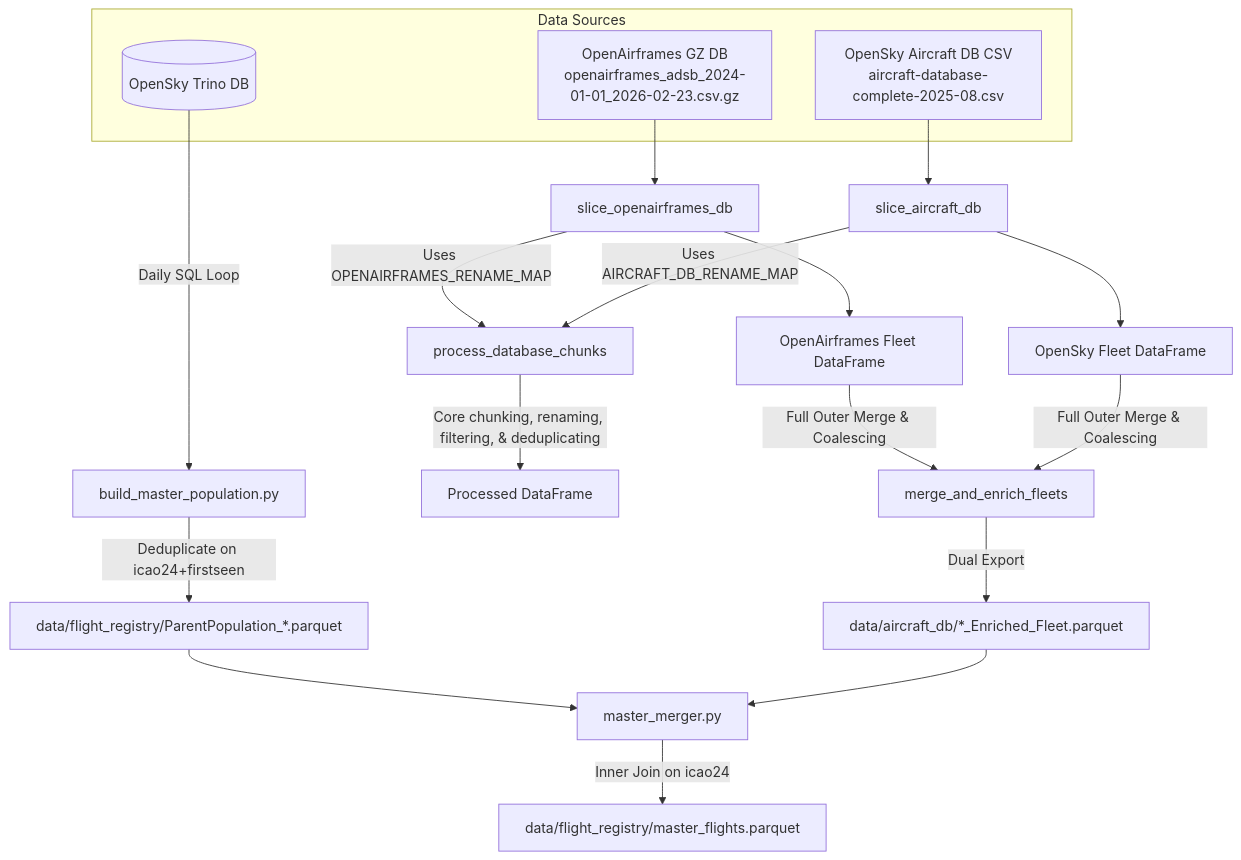
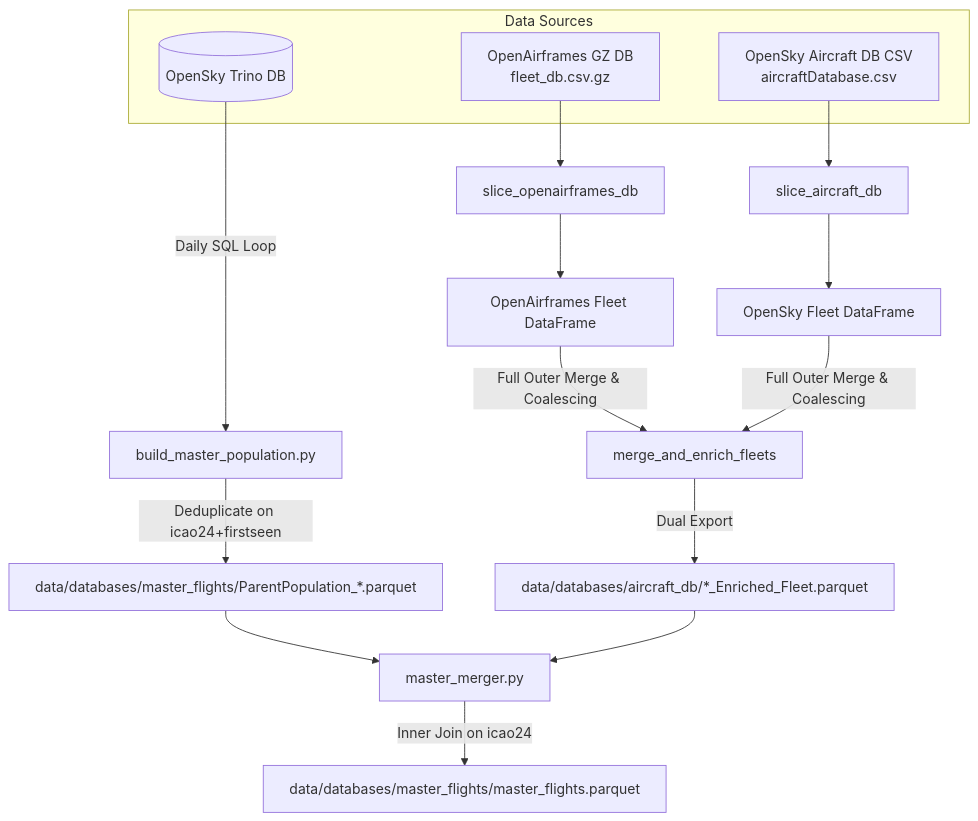
Before and after one commit to Bauzement123/flight-physics-pipeline: the first of 2 diagrams in src/core/acquisition/README.md, drawn with Mermaid. The commit also changed other lines of this file and 11 other files, not shown here.

````diff
--- a/src/core/acquisition/README.md
+++ b/src/core/acquisition/README.md
@@ -63,38 +72,30 @@
 ```mermaid
 graph TD
     %% Input Sources
     subgraph Data Sources
         SrcTrino[(OpenSky Trino DB)]
-        SrcAirframes[OpenAirframes GZ DB<br>openairframes_adsb_2024-01-01_2026-02-23.csv.gz]
-        SrcAircraftDB[OpenSky Aircraft DB CSV<br>aircraft-database-complete-2025-08.csv]
+        SrcAirframes[OpenAirframes GZ DB<br>fleet_db.csv.gz]
+        SrcAircraftDB[OpenSky Aircraft DB CSV<br>aircraftDatabase.csv]
     end
 
     %% Track A
     SrcTrino -->|Daily SQL Loop| A1[build_master_population.py]
-    A1 -->|Deduplicate on icao24+firstseen| OutA[data/flight_registry/ParentPopulation_*.parquet]
+    A1 -->|Deduplicate on icao24+firstseen| OutA[data/databases/master_flights/ParentPopulation_*.parquet]
 
-    %% Track B (Redesigned)
-    B_core[process_database_chunks] -->|Core chunking, renaming, filtering, & deduplicating| B_proc[Processed DataFrame]
+    %% Track B
+    SrcAirframes --> B_oa[slice_openairframes_db]
+    SrcAircraftDB --> B_os[slice_aircraft_db]
     
-    B_oa[slice_openairframes_db] -->|Uses OPENAIRFRAMES_RENAME_MAP| B_core
-    B_os[slice_aircraft_db] -->|Uses AIRCRAFT_DB_RENAME_MAP| B_core
-    
-    SrcAirframes --> B_oa
-    SrcAircraftDB --> B_os
-    
-    B_oa_out[OpenAirframes Fleet DataFrame]
-    B_os_out[OpenSky Fleet DataFrame]
-    
-    B_oa --> B_oa_out
-    B_os --> B_os_out
+    B_oa --> B_oa_out[OpenAirframes Fleet DataFrame]
+    B_os --> B_os_out[OpenSky Fleet DataFrame]
     
     B_oa_out -->|Full Outer Merge & Coalescing| B_merge[merge_and_enrich_fleets]
     B_os_out -->|Full Outer Merge & Coalescing| B_merge
     
-    B_merge -->|Dual Export| OutB[data/aircraft_db/*_Enriched_Fleet.parquet]
+    B_merge -->|Dual Export| OutB[data/databases/aircraft_db/*_Enriched_Fleet.parquet]
 
     %% Merger Stage
     OutA --> Merge[master_merger.py]
     OutB --> Merge
-    Merge -->|Inner Join on icao24| OutM[data/flight_registry/master_flights.parquet]
+    Merge -->|Inner Join on icao24| OutM[data/databases/master_flights/master_flights.parquet]
 ```
````
